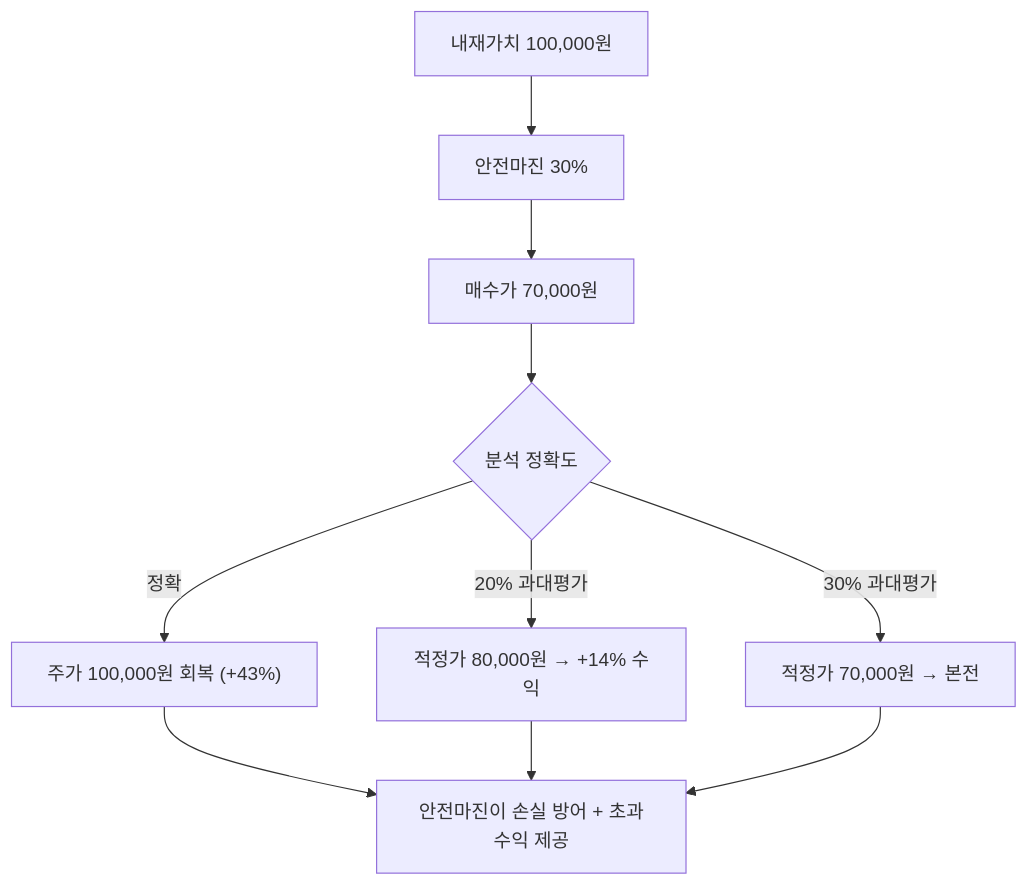
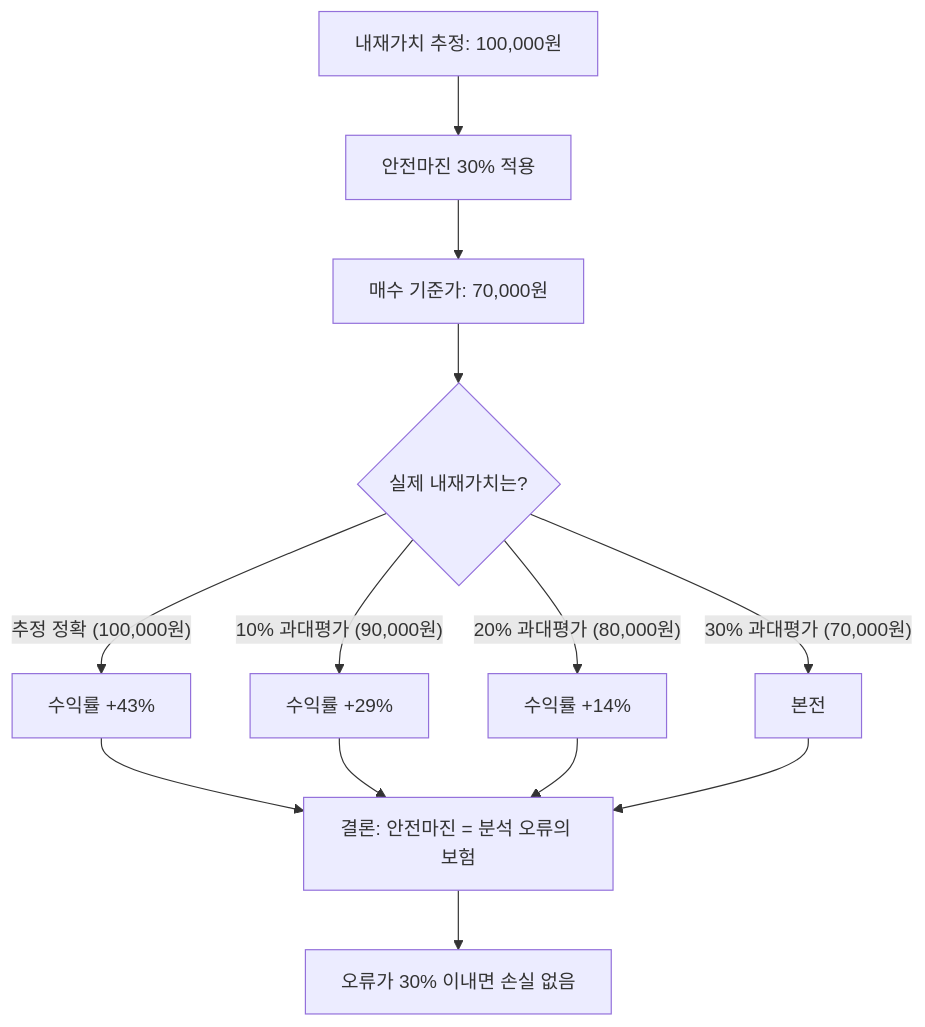
The diagram in content/stock-terms/ko/level-10-company-analysis/margin-of-safety.md (yeongseon/stock-visual-note), drawn with Mermaid before and after one commit. The commit also changed other lines of this file and 9 other files, not shown here.

Commit message:
content: rewrite level-10 (10 articles) — richer diagrams, realistic scenarios, blog tone

````diff
--- a/content/stock-terms/ko/level-10-company-analysis/margin-of-safety.md
+++ b/content/stock-terms/ko/level-10-company-analysis/margin-of-safety.md
@@ -42,13 +43,16 @@
 ```mermaid
 graph TD
-    A["내재가치 100,000원"]
-    A --> B["안전마진 30%"]
-    B --> C["매수가 70,000원"]
-    C --> D{"분석 정확도"}
-    D -->|"정확"| E["주가 100,000원 회복 (+43%)"]
-    D -->|"20% 과대평가"| F["적정가 80,000원 → +14% 수익"]
-    D -->|"30% 과대평가"| G["적정가 70,000원 → 본전"]
-    E --> H["안전마진이 손실 방어 + 초과수익 제공"]
-    F --> H
-    G --> H
+    A["내재가치 추정: 100,000원"]
+    A --> B["안전마진 30% 적용"]
+    B --> C["매수 기준가: 70,000원"]
+    C --> D{"실제 내재가치는?"}
+    D -->|"추정 정확 (100,000원)"| E["수익률 +43%"]
+    D -->|"10% 과대평가 (90,000원)"| F["수익률 +29%"]
+    D -->|"20% 과대평가 (80,000원)"| G["수익률 +14%"]
+    D -->|"30% 과대평가 (70,000원)"| H["본전"]
+    E --> I["결론: 안전마진 = 분석 오류의 보험"]
+    F --> I
+    G --> I
+    H --> I
+    I --> J["오류가 30% 이내면 손실 없음"]
 ```
````
